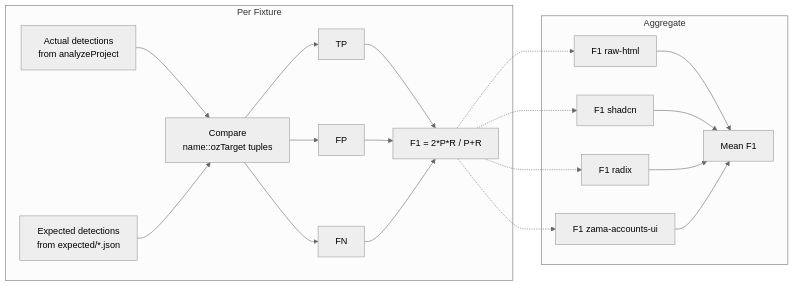
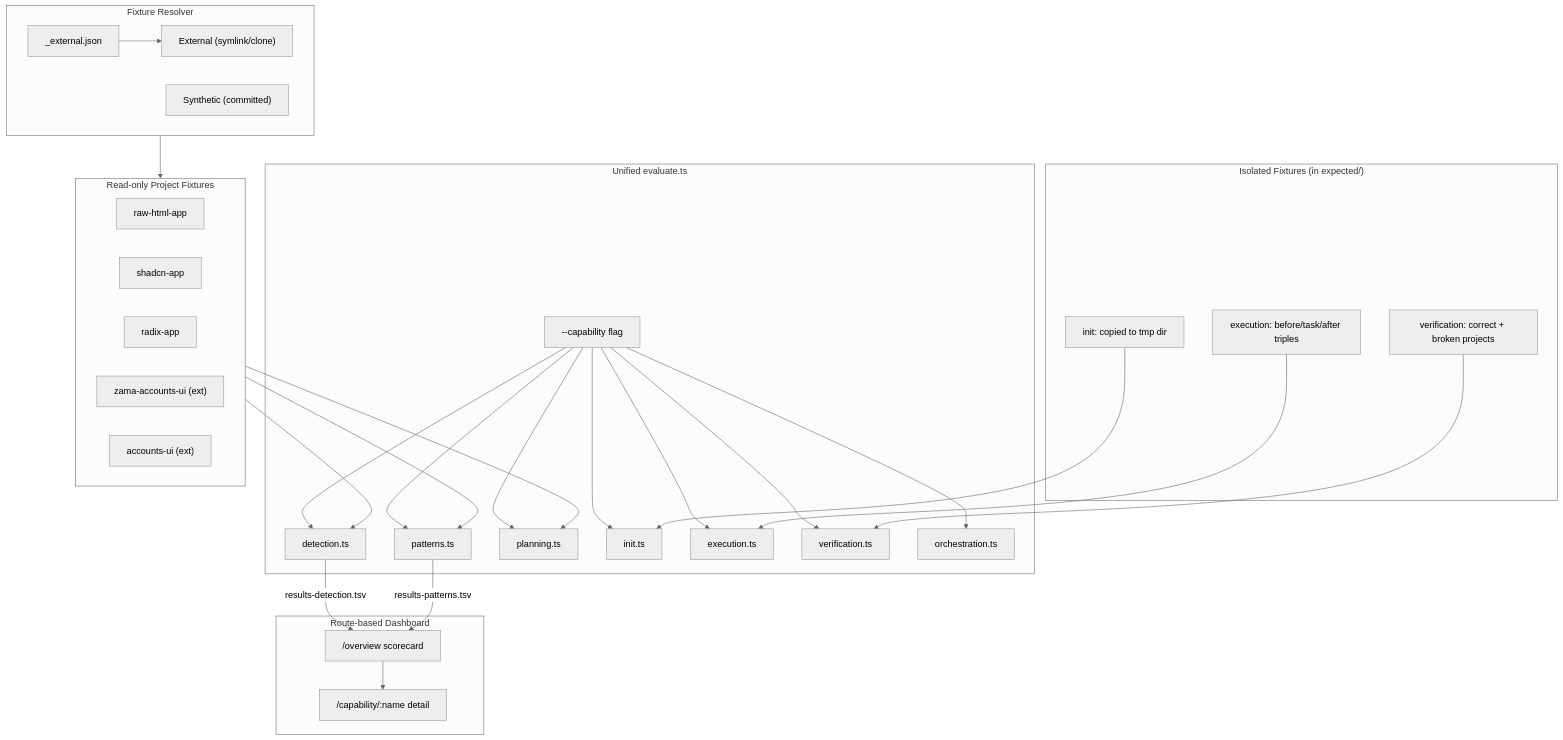
The diagram in packages/cli/autoresearch/README.md (OpenZeppelin/openzeppelin-ui), drawn with Mermaid (neutral theme) before and after one commit. The commit also changed other lines of this file and 140 other files, not shown here.

First line of the commit message:
feat(common): expand autoresearch to 7 capabilities with external fixture resolution

````diff
--- a/packages/cli/autoresearch/README.md
+++ b/packages/cli/autoresearch/README.md
@@ -205,31 +23,52 @@
 ```mermaid
-flowchart LR
-    subgraph perFixture ["Per Fixture"]
-        Actual["Actual detections\nfrom analyzeProject"]
-        Expect["Expected detections\nfrom expected/*.json"]
-        Actual --> Compare["Compare\nname::ozTarget tuples"]
-        Expect --> Compare
-        Compare --> TP["TP"]
-        Compare --> FP["FP"]
-        Compare --> FN["FN"]
-        TP --> F1["F1 = 2*P*R / P+R"]
-        FP --> F1
-        FN --> F1
+flowchart TB
+    subgraph eval ["Unified evaluate.ts"]
+        flag["--capability flag"]
+        flag --> det["detection.ts"]
+        flag --> pat["patterns.ts"]
+        flag --> plan["planning.ts"]
+        flag --> ini["init.ts"]
+        flag --> exec["execution.ts"]
+        flag --> ver["verification.ts"]
+        flag --> orch["orchestration.ts"]
     end
 
-    subgraph aggregate ["Aggregate"]
-        F1_raw["F1 raw-html"]
-        F1_shadcn["F1 shadcn"]
-        F1_radix["F1 radix"]
-        F1_zama["F1 zama-accounts-ui"]
-        F1_raw --> Mean["Mean F1"]
-        F1_shadcn --> Mean
-        F1_radix --> Mean
-        F1_zama --> Mean
+    subgraph resolver ["Fixture Resolver"]
+        manifest["_external.json"]
+        synthetic["Synthetic (committed)"]
+        external["External (symlink/clone)"]
+        manifest --> external
     end
 
-    F1 -.-> F1_raw
-    F1 -.-> F1_shadcn
-    F1 -.-> F1_radix
-    F1 -.-> F1_zama
+    subgraph shared ["Read-only Project Fixtures"]
+        raw["raw-html-app"]
+        shd["shadcn-app"]
+        rad["radix-app"]
+        zam["zama-accounts-ui (ext)"]
+        acc["accounts-ui (ext)"]
+    end
+
+    resolver --> shared
+    shared --> det
+    shared --> pat
+    shared --> plan
+
+    subgraph writable ["Isolated Fixtures (in expected/)"]
+        initFix["init: copied to tmp dir"]
+        execFix["execution: before/task/after triples"]
+        verFix["verification: correct + broken projects"]
+    end
+
+    initFix --> ini
+    execFix --> exec
+    verFix --> ver
+
+    subgraph dash ["Route-based Dashboard"]
+        overview["/overview scorecard"]
+        detail["/capability/:name detail"]
+    end
+
+    det -->|"results-detection.tsv"| overview
+    pat -->|"results-patterns.tsv"| overview
+    overview --> detail
 ```
````
